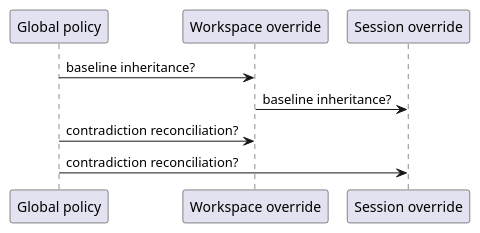
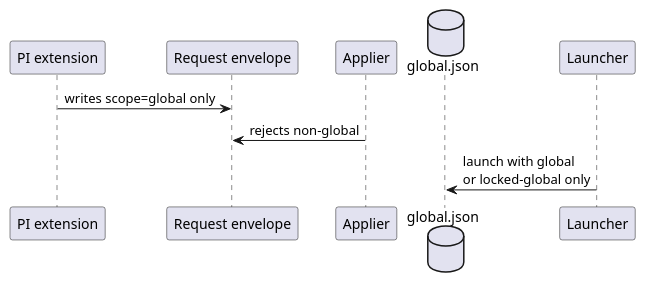
The first of 2 diagrams in tasks/backlog/multi-scope-configuration-chain-and-policy-reconciliation.md (dpolivaev/pi-fenced), drawn with PlantUML before and after one commit. The commit also changed other lines of this file, not shown here.

Commit message:
update Multi-scope configuration task description

````diff
--- a/tasks/backlog/multi-scope-configuration-chain-and-policy-reconciliation.md
+++ b/tasks/backlog/multi-scope-configuration-chain-and-policy-reconciliation.md
@@ -38,12 +90,13 @@
 ```plantuml
 @startuml
-participant "Global policy" as G
-participant "Workspace override" as W
-participant "Session override" as S
+participant "PI extension" as Ext
+participant "Request envelope" as Req
+participant "Applier" as Apply
+database "global.json" as Global
+participant "Launcher" as Launcher
 
-G -> W : baseline inheritance?
-W -> S : baseline inheritance?
-G -> W : contradiction reconciliation?
-G -> S : contradiction reconciliation?
+Ext -> Req : writes scope=global only
+Apply -> Req : rejects non-global
+Launcher -> Global : launch with global\nor locked-global only
 @enduml
 ```
````
